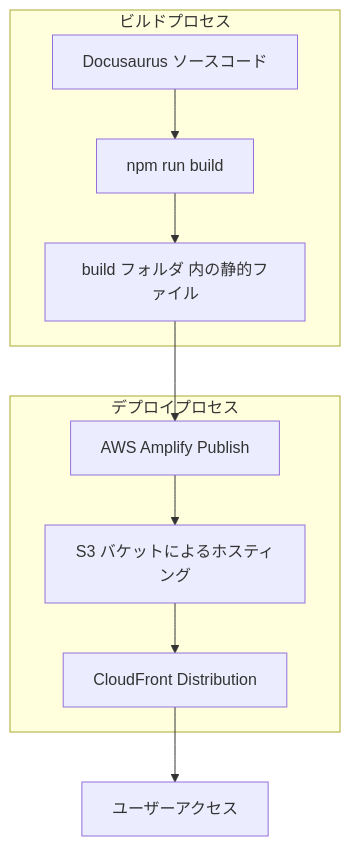
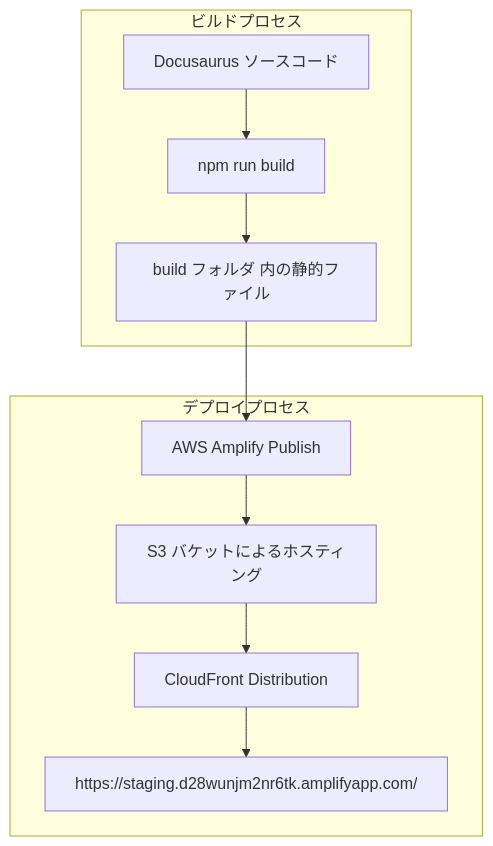
The diagram in README.md (Sunwood-ai-labs/Amplify-Docusaurus-Starter-Gen2-Custom), drawn with Mermaid before and after one commit. The commit also changed other lines of this file and 6 other files, not shown here.

````diff
--- a/README.md
+++ b/README.md
@@ -106,21 +141,21 @@
 ```mermaid
 flowchart TD
     subgraph Build [ビルドプロセス]
         A[Docusaurus ソースコード]
         B[npm run build]
         C[build フォルダ 内の静的ファイル]
         A --> B
         B --> C
     end
 
     subgraph Deploy [デプロイプロセス]
         D[AWS Amplify Publish]
         E[S3 バケットによるホスティング]
         F[CloudFront Distribution]
         D --> E
         E --> F
+        F --> H[https://staging.d28wunjm2nr6tk.amplifyapp.com/]
     end
 
     C --> D
-    F --> G[ユーザーアクセス]
 ```
````
